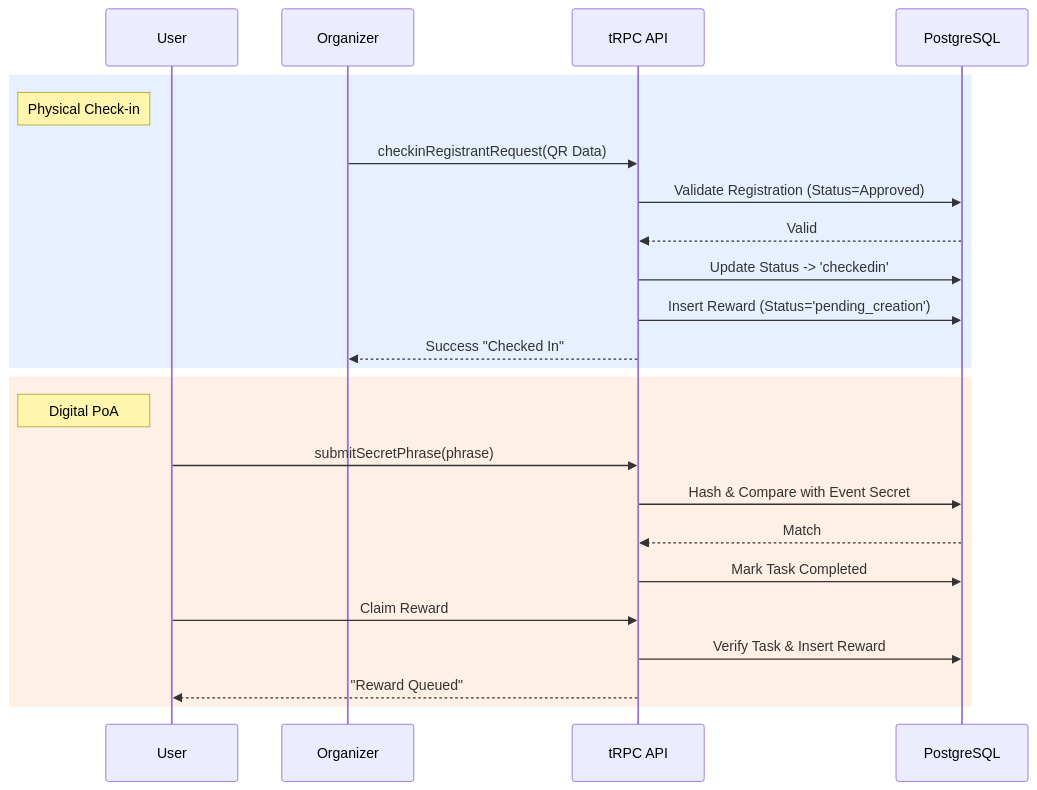
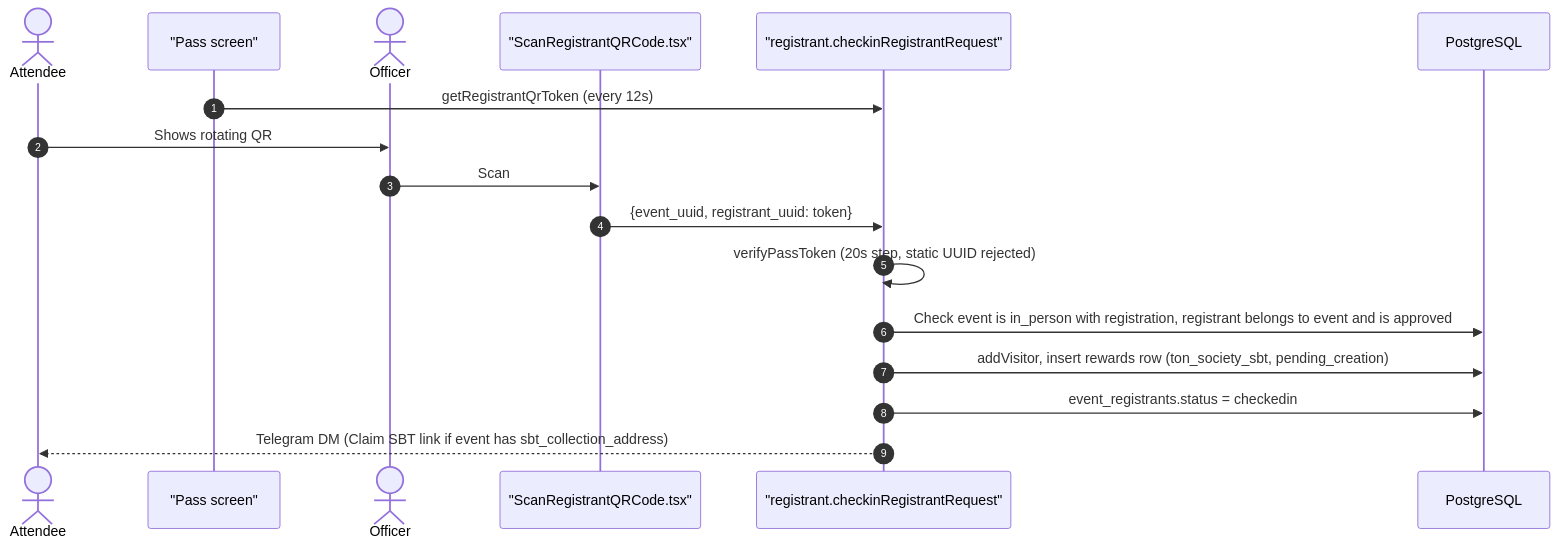
One commit to ExecutESG/onton changed the diagram in knowledge_base/checkin_and_poa.md. Above: the diagram before and after it, drawn with Mermaid. The commit also changed other lines of this file and 41 other files, not shown here.

````diff
--- a/knowledge_base/checkin_and_poa.md
+++ b/knowledge_base/checkin_and_poa.md
@@ -39,28 +34,20 @@
 ```mermaid
 sequenceDiagram
-    participant User
-    participant Org as Organizer
-    participant API as tRPC API
+    autonumber
+    actor Attendee
+    participant Pass as "Pass screen"
+    actor Officer
+    participant Scanner as "ScanRegistrantQRCode.tsx"
+    participant API as "registrant.checkinRegistrantRequest"
     participant DB as PostgreSQL
 
-    rect rgb(230, 240, 255)
-        note left of User: Physical Check-in
-        Org->>API: checkinRegistrantRequest(QR Data)
-        API->>DB: Validate Registration (Status=Approved)
-        DB-->>API: Valid
-        API->>DB: Update Status -> 'checkedin'
-        API->>DB: Insert Reward (Status='pending_creation')
-        API-->>Org: Success "Checked In"
-    end
-
-    rect rgb(255, 240, 230)
-        note left of User: Digital PoA
-        User->>API: submitSecretPhrase(phrase)
-        API->>DB: Hash & Compare with Event Secret
-        DB-->>API: Match
-        API->>DB: Mark Task Completed
-        User->>API: Claim Reward
-        API->>DB: Verify Task & Insert Reward
-        API-->>User: "Reward Queued"
-    end
+    Pass->>API: getRegistrantQrToken (every 12s)
+    Attendee->>Officer: Shows rotating QR
+    Officer->>Scanner: Scan
+    Scanner->>API: {event_uuid, registrant_uuid: token}
+    API->>API: verifyPassToken (20s step, static UUID rejected)
+    API->>DB: Check event is in_person with registration, registrant belongs to event and is approved
+    API->>DB: addVisitor, insert rewards row (ton_society_sbt, pending_creation)
+    API->>DB: event_registrants.status = checkedin
+    API-->>Attendee: Telegram DM (Claim SBT link if event has sbt_collection_address)
 ```
````
